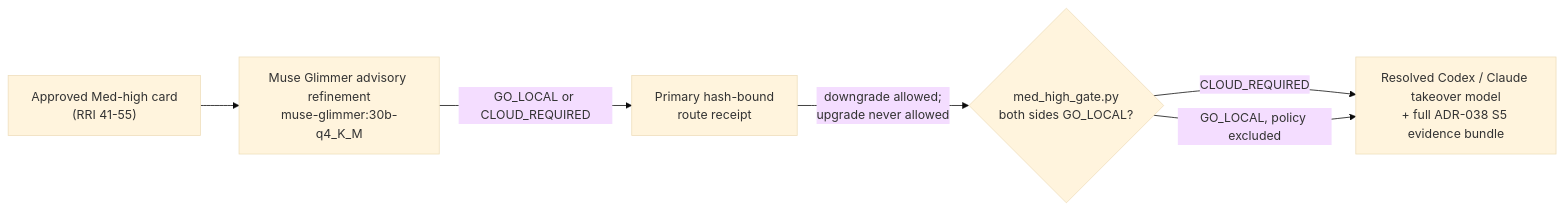
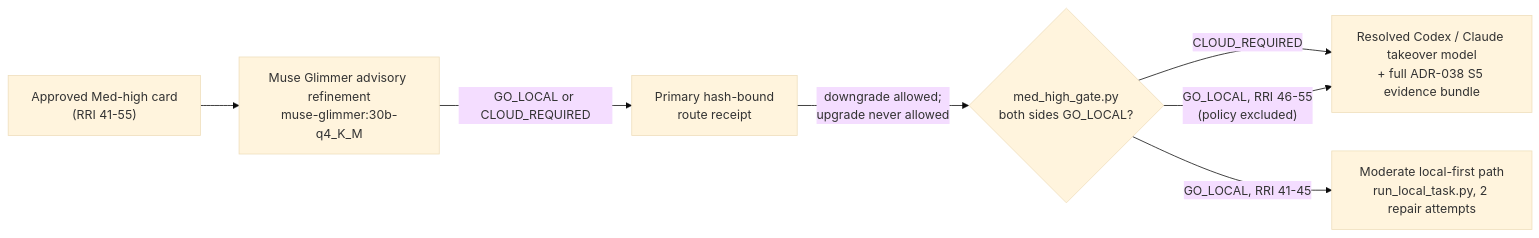
One commit to krukmat/dubbridge changed the first of 2 diagrams in docs/playbooks/AGENT_WORKFLOW_GUIDE.md. Above: the diagram before and after it, drawn with Mermaid (base theme). The commit also changed other lines of this file and 8 other files, not shown here.

First line of the commit message:
policy(adr-038): reopen local-first routing for Med-high RRI 41-45 (Amendment 3)

````diff
--- a/docs/playbooks/AGENT_WORKFLOW_GUIDE.md
+++ b/docs/playbooks/AGENT_WORKFLOW_GUIDE.md
@@ -402,8 +412,9 @@
 ```mermaid
 flowchart LR
     Card["Approved Med-high card\n(RRI 41-55)"] --> Glimmer["Muse Glimmer advisory refinement\nmuse-glimmer:30b-q4_K_M"]
     Glimmer -->|GO_LOCAL or CLOUD_REQUIRED| Receipt["Primary hash-bound\nroute receipt"]
     Receipt -->|"downgrade allowed;\nupgrade never allowed"| Gate{"med_high_gate.py\nboth sides GO_LOCAL?"}
     Gate -->|CLOUD_REQUIRED| Cloud["Resolved Codex / Claude takeover model\n+ full ADR-038 S5 evidence bundle"]
-    Gate -->|GO_LOCAL, policy excluded| Cloud
+    Gate -->|"GO_LOCAL, RRI 46-55\n(policy excluded)"| Cloud
+    Gate -->|"GO_LOCAL, RRI 41-45"| LocalFirst["Moderate local-first path\nrun_local_task.py, 2 repair attempts"]
 ```
````
